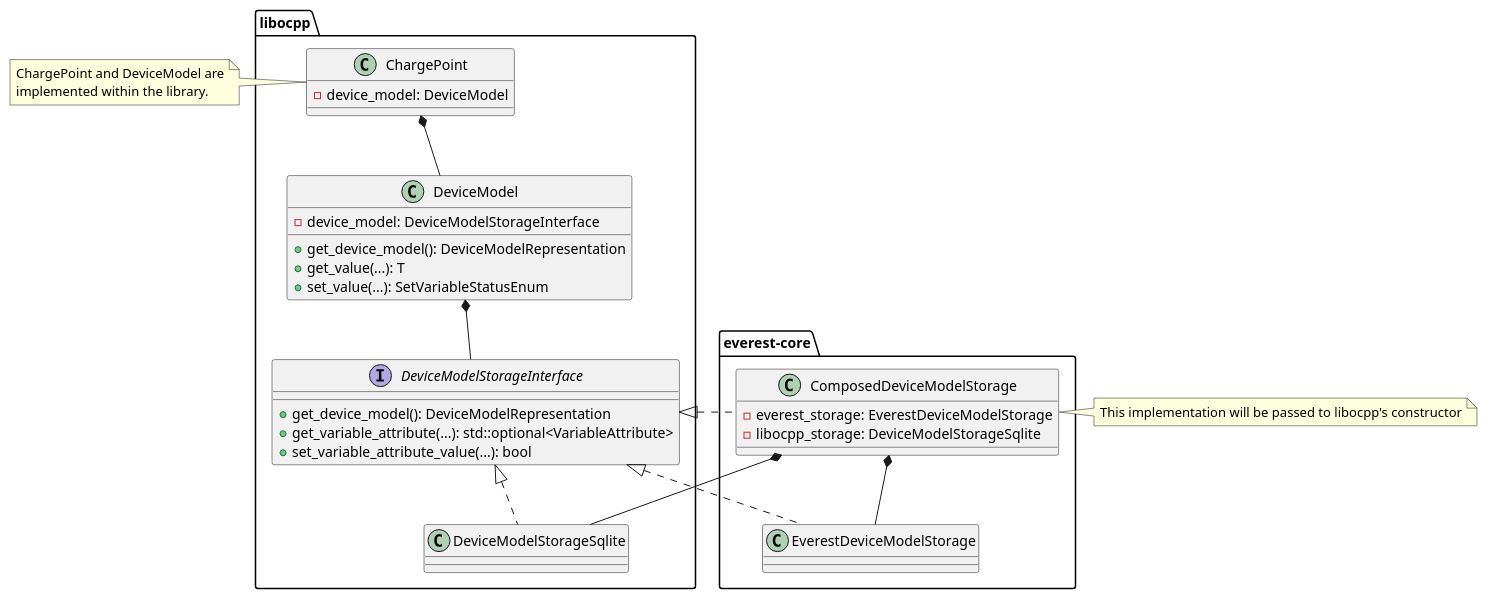
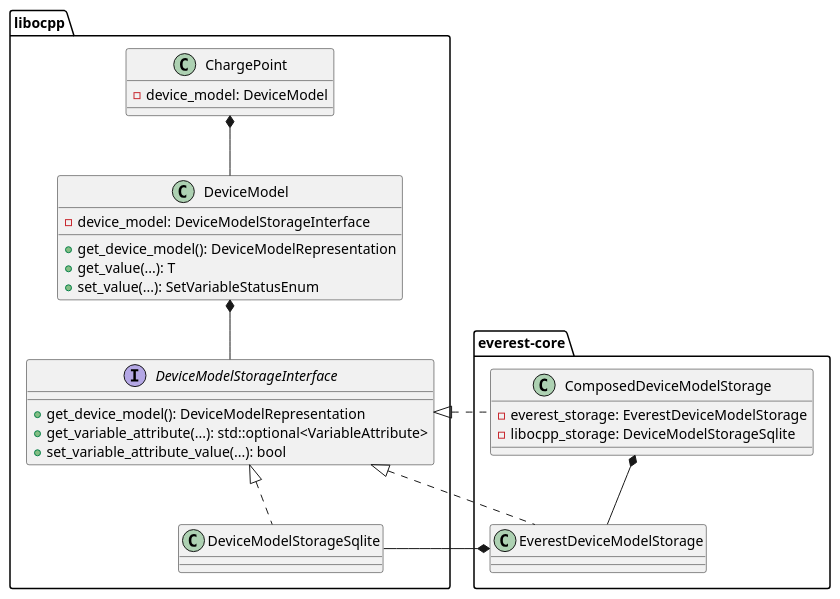
The diagram in modules/OCPP201/doc/device_model_class_diagram.puml (EVerest/everest-core), drawn with PlantUML before and after one commit. The commit also changed 15 other files, not shown here.

```diff
--- a/modules/OCPP201/doc/device_model_class_diagram.puml
+++ b/modules/OCPP201/doc/device_model_class_diagram.puml
@@ -1,49 +1,37 @@
 @startuml
 
 package libocpp {
+  class ChargePoint {
+    - device_model: DeviceModel
+  }
 
-class ChargePoint {
-  - device_model: DeviceModel
-}
+  class DeviceModel {
+    - device_model: DeviceModelStorageInterface
+    + get_device_model(): DeviceModelRepresentation
+    + get_value(...): T
+    + set_value(...): SetVariableStatusEnum
+  }
 
-class DeviceModel {
-  - device_model: DeviceModelStorageInterface
-  + get_device_model(): DeviceModelRepresentation
-  + get_value(...): T
-  + set_value(...): SetVariableStatusEnum
-}
+  interface DeviceModelStorageInterface {
+    + get_device_model(): DeviceModelRepresentation
+    + get_variable_attribute(...): std::optional<VariableAttribute>
+    + set_variable_attribute_value(...): bool
+  }
 
-interface DeviceModelStorageInterface {
-  + get_device_model(): DeviceModelRepresentation
-  + get_variable_attribute(...): std::optional<VariableAttribute>
-  + set_variable_attribute_value(...): bool
-}
-
-class DeviceModelStorageSqlite implements DeviceModelStorageInterface
-
+  class DeviceModelStorageSqlite implements DeviceModelStorageInterface
 }
 
 package everest-core {
-
-class EverestDeviceModelStorage implements libocpp.DeviceModelStorageInterface
-class ComposedDeviceModelStorage implements libocpp.DeviceModelStorageInterface {
-    - everest_storage: EverestDeviceModelStorage
-    - libocpp_storage: DeviceModelStorageSqlite
+  class EverestDeviceModelStorage implements libocpp.DeviceModelStorageInterface
+  class ComposedDeviceModelStorage implements libocpp.DeviceModelStorageInterface {
+      - everest_storage: EverestDeviceModelStorage
+      - libocpp_storage: DeviceModelStorageSqlite
+  }
 }
-}
-
-note left of ChargePoint
-  ChargePoint and DeviceModel are
-  implemented within the library.
-end note
-
-note right of ComposedDeviceModelStorage
-    This implementation will be passed to libocpp's constructor
-end note
 
 ChargePoint *-- DeviceModel
 DeviceModel *-- DeviceModelStorageInterface
 ComposedDeviceModelStorage *-- EverestDeviceModelStorage
-ComposedDeviceModelStorage *-- DeviceModelStorageSqlite
+EverestDeviceModelStorage *-- DeviceModelStorageSqlite
 
 @enduml
```
